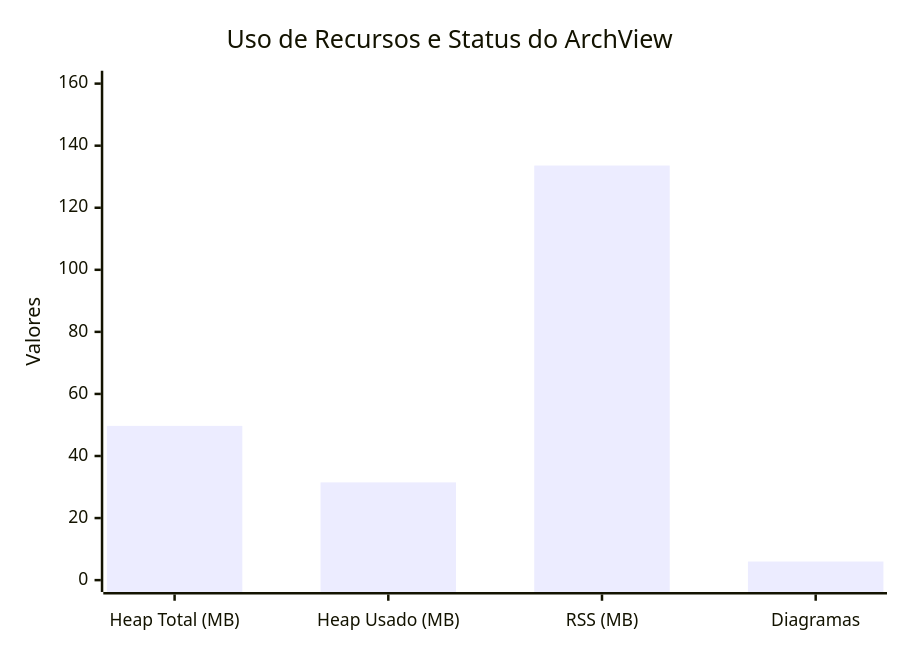
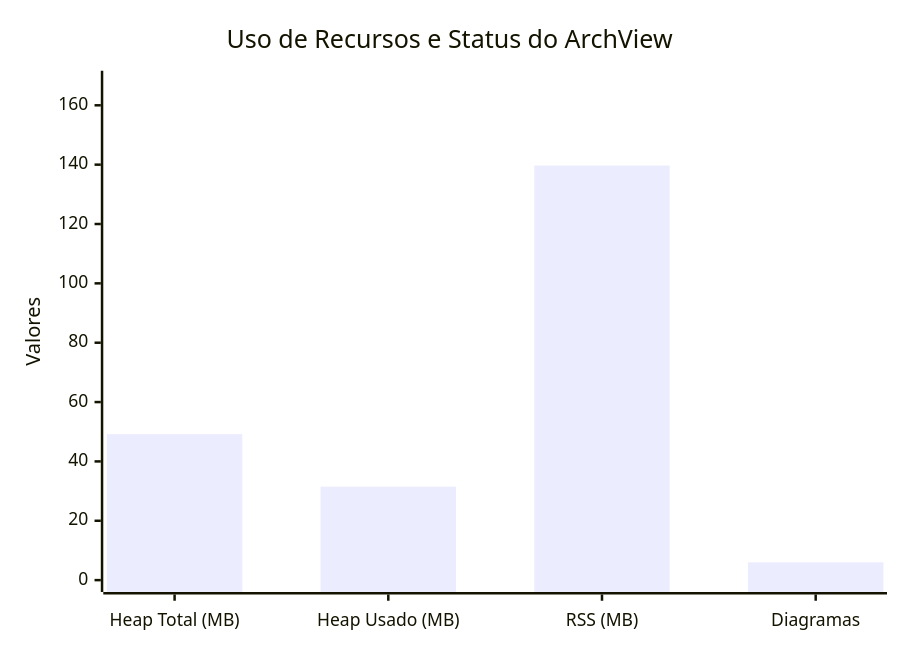
Before and after one commit to 70gurupia/archview: the diagram in output/self-doc-metrics.mmd, drawn with Mermaid. The commit also changed 15 other files, not shown here.

Commit message:
docs: atualizar diagramas e dashboard de auto-documentação na v5.0

```diff
--- a/output/self-doc-metrics.mmd
+++ b/output/self-doc-metrics.mmd
@@ -1,5 +1,5 @@
 xychart-beta
   title "Uso de Recursos e Status do ArchView"
   x-axis ["Heap Total (MB)", "Heap Usado (MB)", "RSS (MB)", "Diagramas"]
-  y-axis "Valores" 0 --> 160.32
-  bar [49.7, 31.5, 133.6, 6]
+  y-axis "Valores" 0 --> 167.64
+  bar [49.2, 31.5, 139.7, 6]
```
